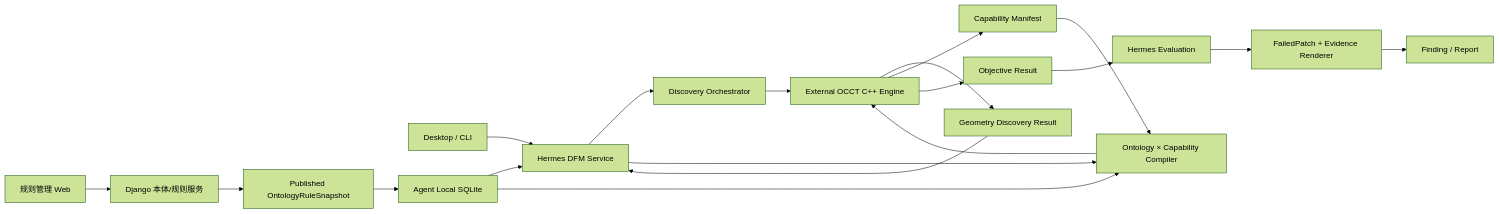
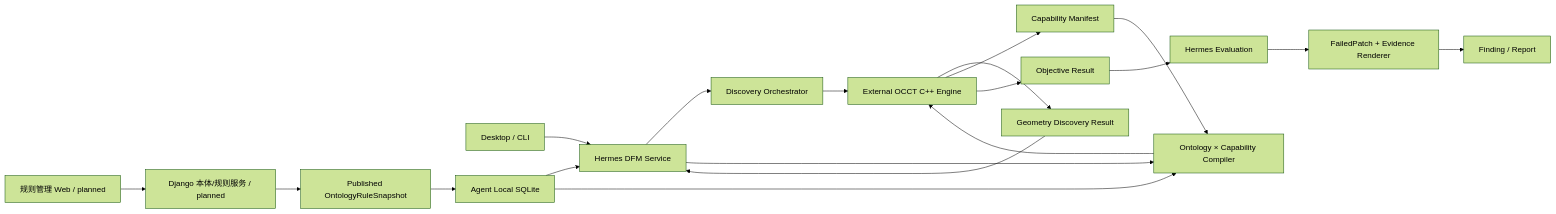
One commit to 1004860611/hermes-agent changed the first of 2 diagrams in docs/plans/2026-08-18-dfm-architecture-workflow-and-occt-contract.md. Above: the diagram before and after it, drawn with Mermaid (forest theme). The commit also changed other lines of this file and 6 other files, not shown here.

````diff
--- a/docs/plans/2026-08-18-dfm-architecture-workflow-and-occt-contract.md
+++ b/docs/plans/2026-08-18-dfm-architecture-workflow-and-occt-contract.md
@@ -27,21 +27,21 @@
 ```mermaid
 flowchart LR
     UI[Desktop / CLI] --> H[Hermes DFM Service]
-    MW[规则管理 Web] --> MS[Django 本体/规则服务]
+    MW[规则管理 Web / planned] --> MS[Django 本体/规则服务 / planned]
     MS --> S[Published OntologyRuleSnapshot]
     S --> DB[Agent Local SQLite]
     DB --> H
     H --> D[Discovery Orchestrator]
     D --> C[External OCCT C++ Engine]
     C --> DR[Geometry Discovery Result]
     DR --> H
     C --> CAP[Capability Manifest]
     CAP --> P[Ontology × Capability Compiler]
     DB --> P
     H --> P
     P --> C
     C --> OR[Objective Result]
     OR --> E[Hermes Evaluation]
     E --> V[FailedPatch + Evidence Renderer]
     V --> F[Finding / Report]
 ```
````
